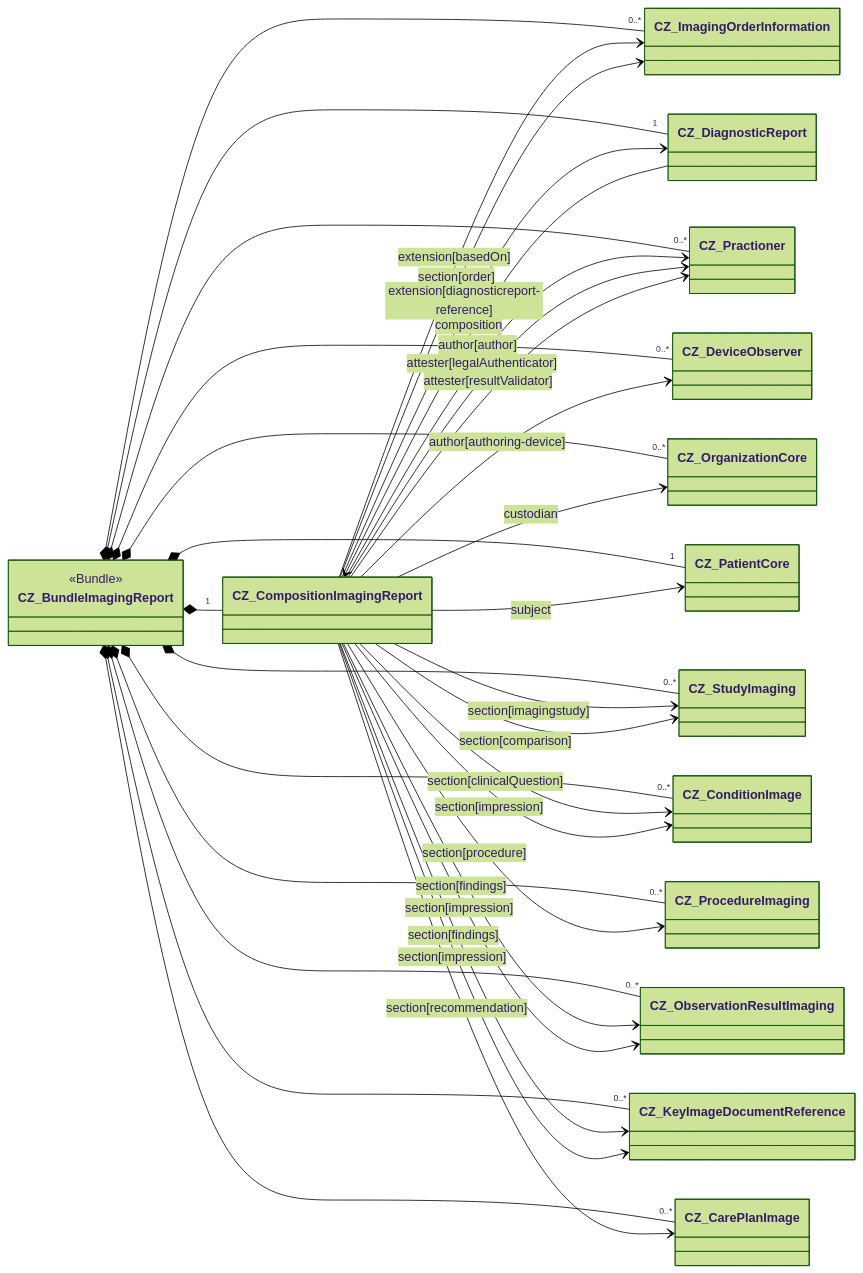
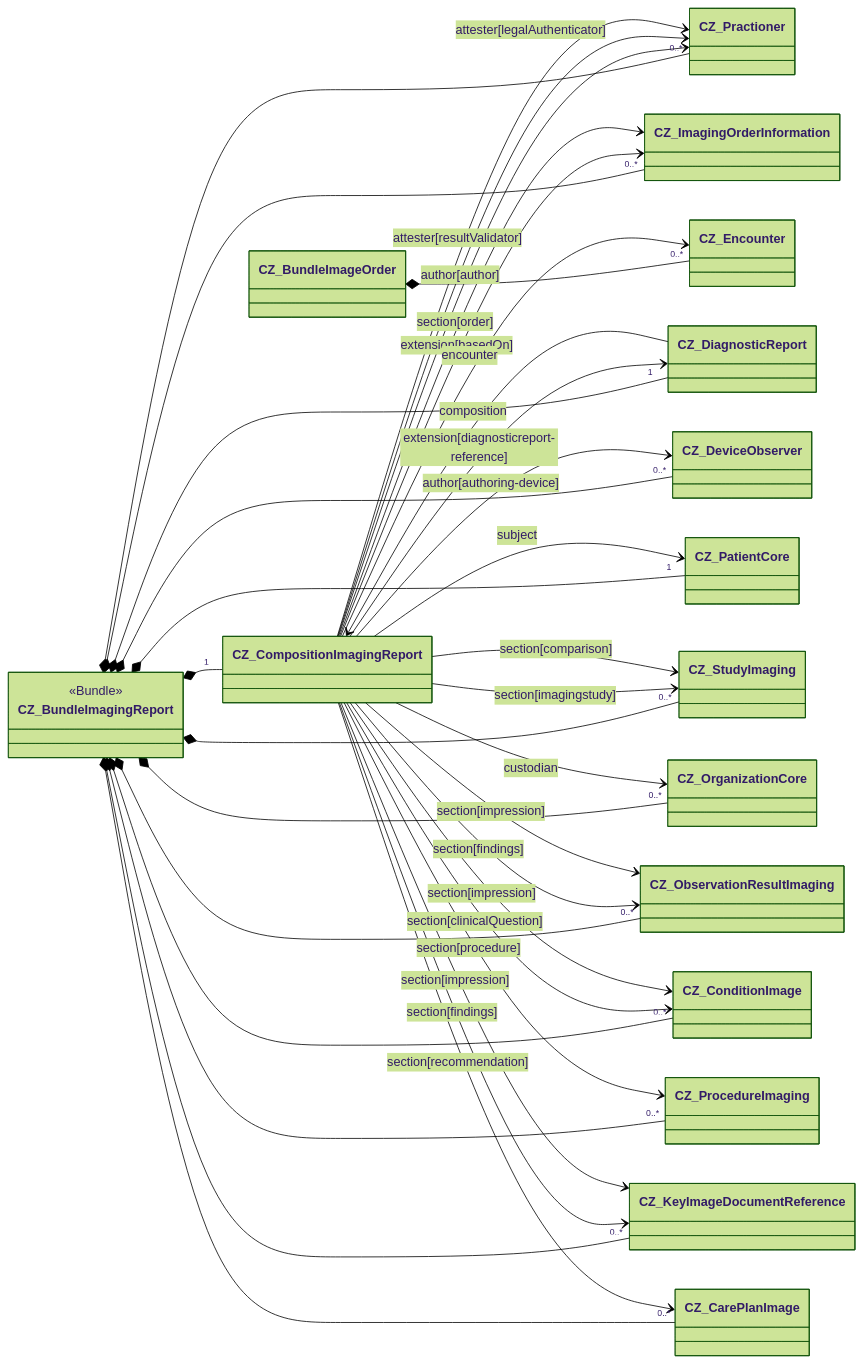
Before and after one commit to HL7-cz/img: the diagram in input/pagecontent/implementation-notes-cs.md, drawn with Mermaid (forest theme). The commit also changed 11 other files, not shown here.

````diff
--- a/input/pagecontent/implementation-notes-cs.md
+++ b/input/pagecontent/implementation-notes-cs.md
@@ -6,44 +6,46 @@
 ```mermaid
 classDiagram
   direction LR
   class CZ_BundleImagingReport{
     <<Bundle>>
   }
   CZ_BundleImagingReport *-- "1" CZ_CompositionImagingReport
   CZ_BundleImagingReport *-- "1" CZ_DiagnosticReport
   CZ_BundleImagingReport *-- "1" CZ_PatientCore
+  CZ_BundleImageOrder *-- "0..*" CZ_Encounter
   CZ_BundleImagingReport *-- "0..*" CZ_ImagingOrderInformation
   CZ_BundleImagingReport *-- "0..*" CZ_Practioner
   CZ_BundleImagingReport *-- "0..*" CZ_DeviceObserver
   CZ_BundleImagingReport *-- "0..*" CZ_OrganizationCore
   CZ_BundleImagingReport *-- "0..*" CZ_StudyImaging
   CZ_BundleImagingReport *-- "0..*" CZ_ProcedureImaging
   CZ_BundleImagingReport *-- "0..*" CZ_ObservationResultImaging
   CZ_BundleImagingReport *-- "0..*" CZ_KeyImageDocumentReference
   CZ_BundleImagingReport *-- "0..*" CZ_ConditionImage
   CZ_BundleImagingReport *-- "0..*" CZ_CarePlanImage
 
   CZ_DiagnosticReport --> CZ_CompositionImagingReport: composition
   
 
   CZ_CompositionImagingReport --> CZ_ImagingOrderInformation: extension[basedOn]  
   CZ_CompositionImagingReport --> CZ_DiagnosticReport: extension[diagnosticreport-reference]
   CZ_CompositionImagingReport --> CZ_Practioner: author[author]
+  CZ_CompositionImagingReport --> CZ_Encounter: encounter
   CZ_CompositionImagingReport --> CZ_DeviceObserver: author[authoring-device]
   CZ_CompositionImagingReport --> CZ_Practioner: attester[legalAuthenticator]
   CZ_CompositionImagingReport --> CZ_Practioner: attester[resultValidator]
   CZ_CompositionImagingReport --> CZ_OrganizationCore: custodian
   CZ_CompositionImagingReport --> CZ_PatientCore: subject
   CZ_CompositionImagingReport --> CZ_StudyImaging: section[imagingstudy]
   CZ_CompositionImagingReport --> CZ_ImagingOrderInformation: section[order]
   CZ_CompositionImagingReport --> CZ_ConditionImage: section[clinicalQuestion]
   CZ_CompositionImagingReport --> CZ_ProcedureImaging: section[procedure]
   CZ_CompositionImagingReport --> CZ_StudyImaging: section[comparison]
   CZ_CompositionImagingReport --> CZ_ObservationResultImaging: section[findings]
   CZ_CompositionImagingReport --> CZ_KeyImageDocumentReference: section[findings]
   CZ_CompositionImagingReport --> CZ_KeyImageDocumentReference: section[impression]
   CZ_CompositionImagingReport --> CZ_ObservationResultImaging: section[impression]
   CZ_CompositionImagingReport --> CZ_ConditionImage: section[impression]
   CZ_CompositionImagingReport --> CZ_CarePlanImage: section[recommendation]
 
 ```
````
